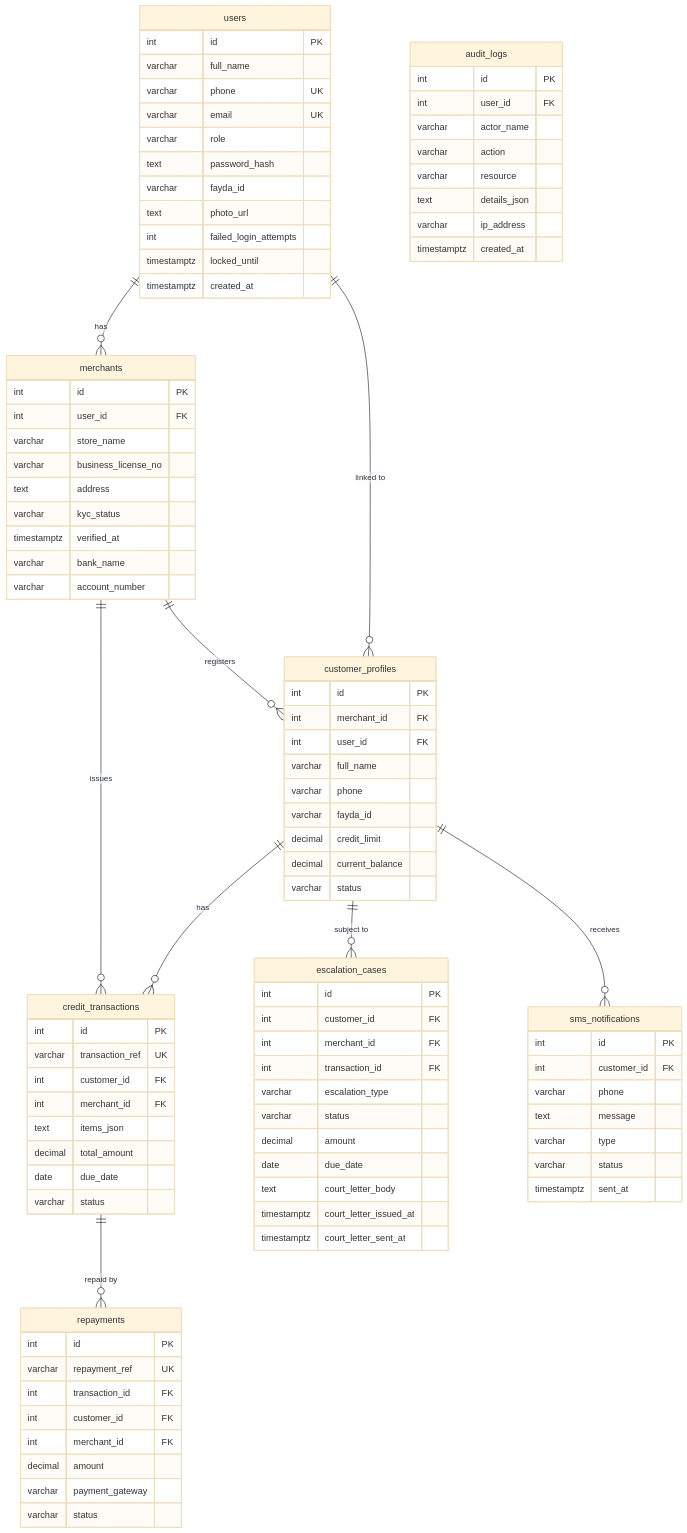
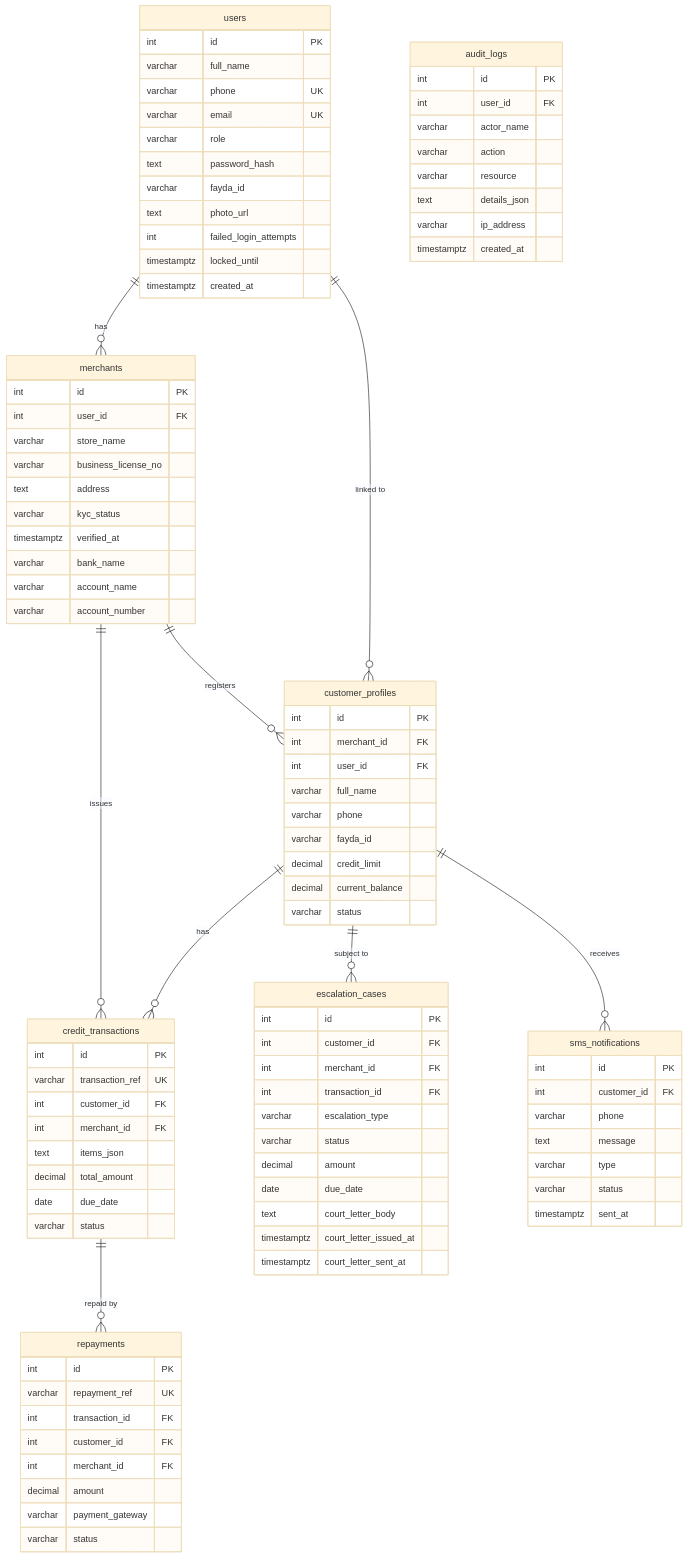
The third of 7 diagrams in Smart_Dube_Project_Documentation.md (tigistzn73/smart-dubes), drawn with Mermaid (base theme) before and after one commit. The commit also changed 3 other files, not shown here.

```diff
--- a/Smart_Dube_Project_Documentation.md
+++ b/Smart_Dube_Project_Documentation.md
@@ -268,6 +268,7 @@
         varchar kyc_status
         timestamptz verified_at
         varchar bank_name
+        varchar account_name
         varchar account_number
     }
 
```
